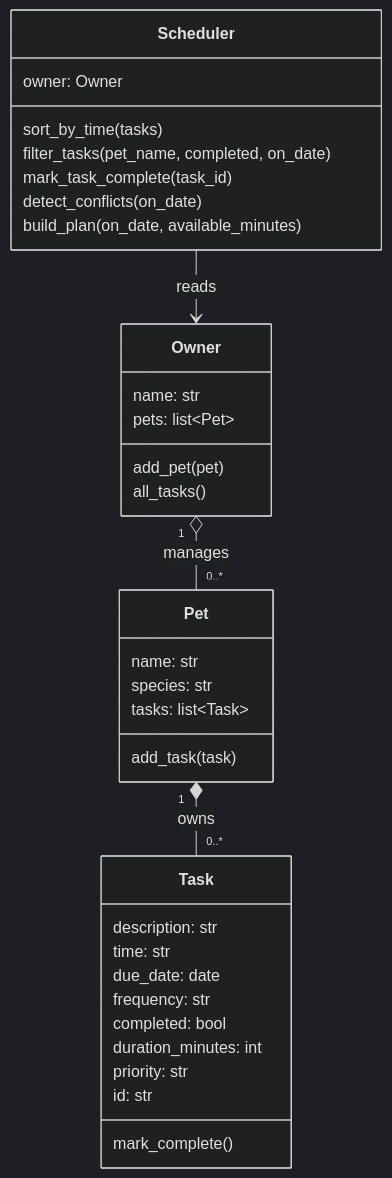
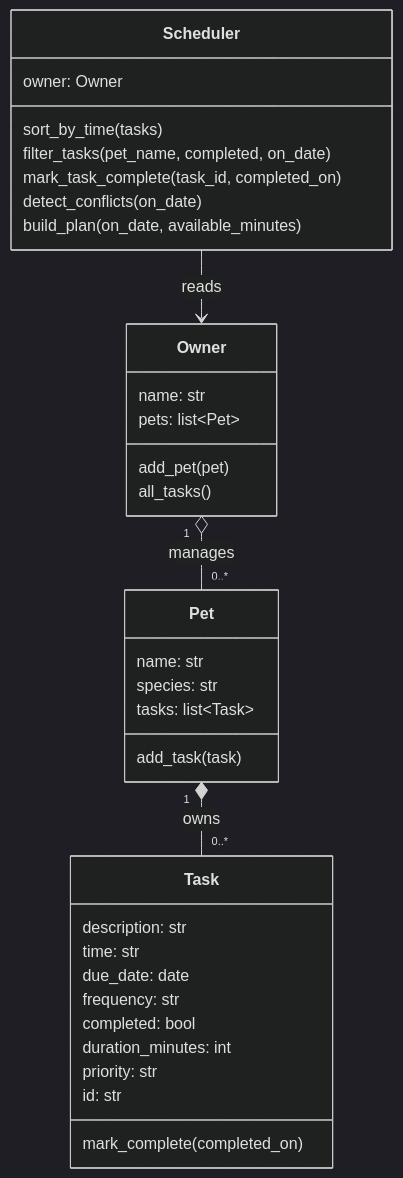
The diagram in diagrams/uml_final.mmd (redwana192/ai110-module2show-pawpal-starter), drawn with Mermaid (dark theme) before and after one commit. The commit also changed 8 other files, not shown here.

```diff
--- a/diagrams/uml_final.mmd
+++ b/diagrams/uml_final.mmd
@@ -1,35 +1,35 @@
 classDiagram
     Owner "1" o-- "0..*" Pet : manages
     Pet "1" *-- "0..*" Task : owns
     Scheduler --> Owner : reads
     class Owner {
         name: str
         pets: list~Pet~
         add_pet(pet)
         all_tasks()
     }
     class Pet {
         name: str
         species: str
         tasks: list~Task~
         add_task(task)
     }
     class Task {
         description: str
         time: str
         due_date: date
         frequency: str
         completed: bool
         duration_minutes: int
         priority: str
         id: str
-        mark_complete()
+        mark_complete(completed_on)
     }
     class Scheduler {
         owner: Owner
         sort_by_time(tasks)
         filter_tasks(pet_name, completed, on_date)
-        mark_task_complete(task_id)
+        mark_task_complete(task_id, completed_on)
         detect_conflicts(on_date)
         build_plan(on_date, available_minutes)
     }
```
